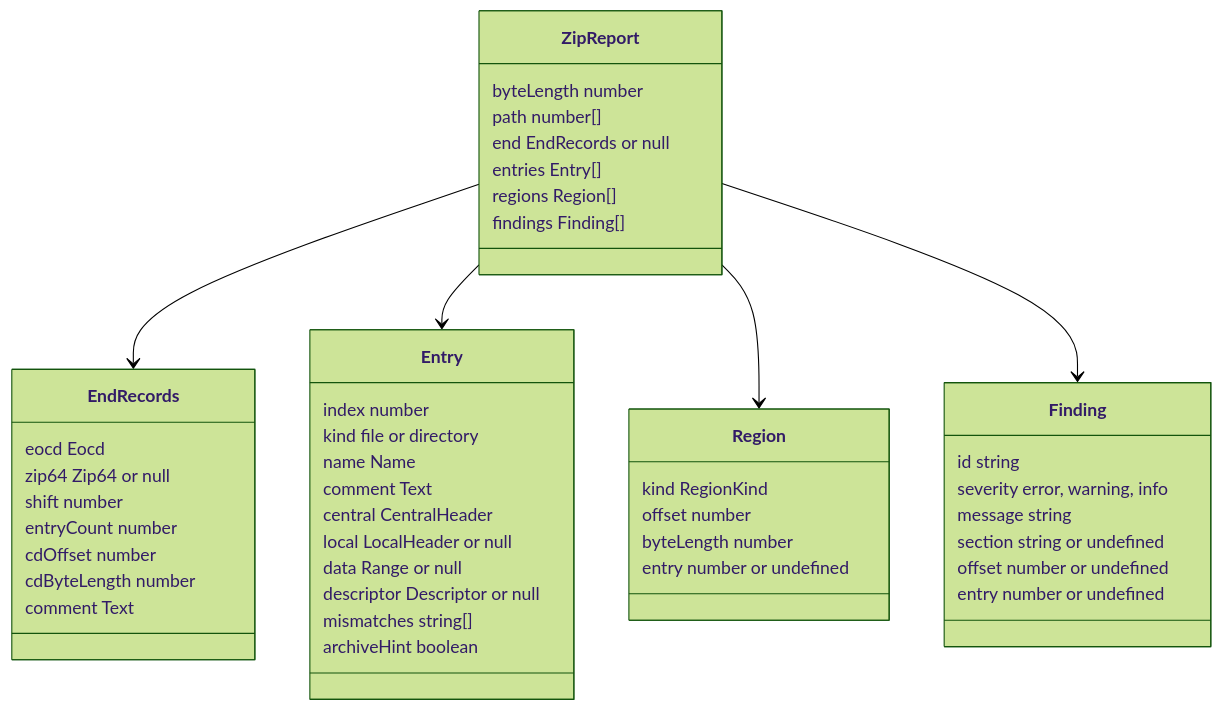
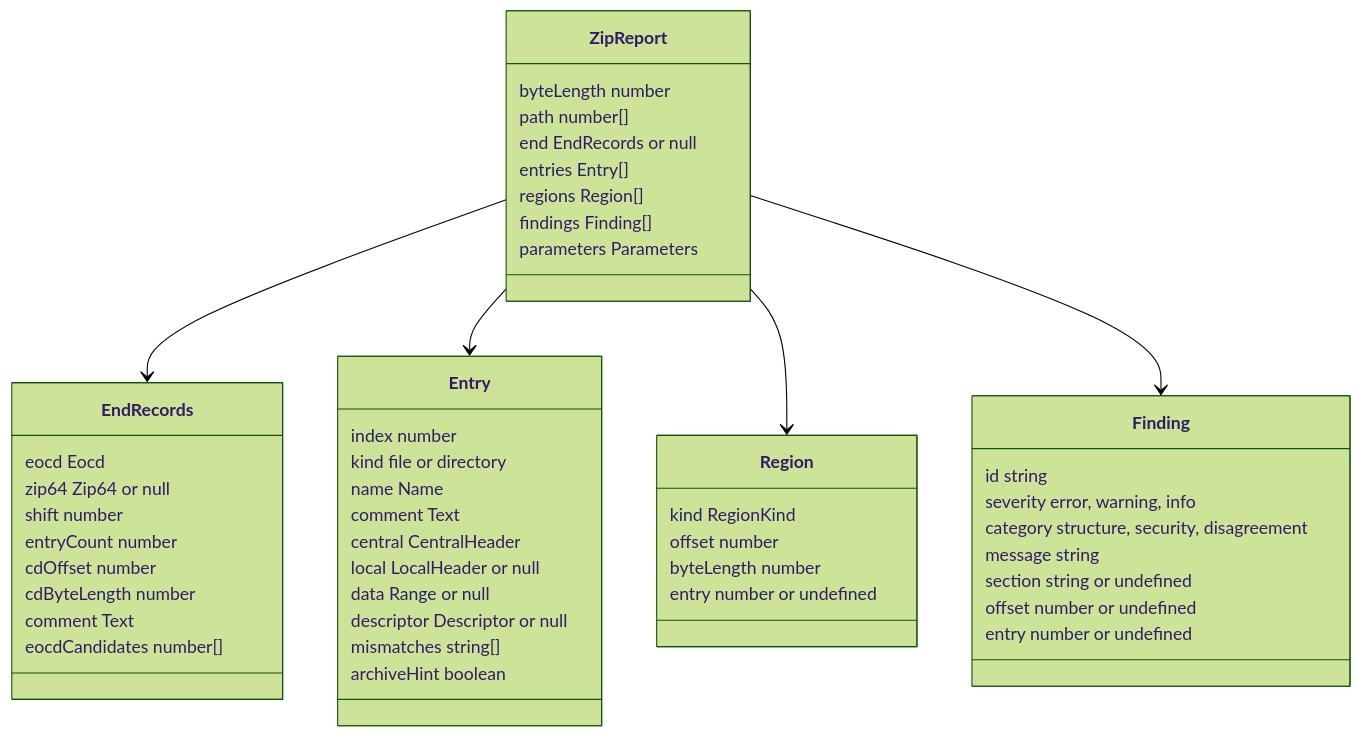
One commit to photom/benchside changed the diagram in docs/reference/zip/report.md. Above: the diagram before and after it, drawn with Mermaid (forest theme). The commit also changed other lines of this file and 45 other files, not shown here.

Commit message:
Add ZIP security checks, reader disagreement, and parameters (#5)

````diff
--- a/docs/reference/zip/report.md
+++ b/docs/reference/zip/report.md
@@ -7,50 +7,53 @@
 ```mermaid
 classDiagram
   class ZipReport {
     byteLength number
     path number[]
     end EndRecords or null
     entries Entry[]
     regions Region[]
     findings Finding[]
+    parameters Parameters
   }
   class EndRecords {
     eocd Eocd
     zip64 Zip64 or null
     shift number
     entryCount number
     cdOffset number
     cdByteLength number
     comment Text
+    eocdCandidates number[]
   }
   class Entry {
     index number
     kind file or directory
     name Name
     comment Text
     central CentralHeader
     local LocalHeader or null
     data Range or null
     descriptor Descriptor or null
     mismatches string[]
     archiveHint boolean
   }
   class Region {
     kind RegionKind
     offset number
     byteLength number
     entry number or undefined
   }
   class Finding {
     id string
     severity error, warning, info
+    category structure, security, disagreement
     message string
     section string or undefined
     offset number or undefined
     entry number or undefined
   }
   ZipReport --> EndRecords
   ZipReport --> Entry
   ZipReport --> Region
   ZipReport --> Finding
 ```
````
